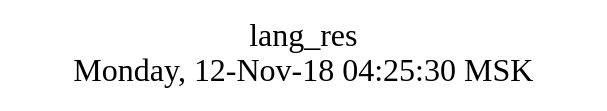
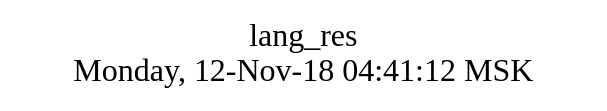
The diagram in src/lang_res/struct.dot (AlexZeDim/apps), drawn with Graphviz before and after one commit. The commit also changed 2 other files, not shown here.

```diff
--- a/src/lang_res/struct.dot
+++ b/src/lang_res/struct.dot
@@ -1,10 +1,10 @@
 digraph G {
 graph [
   fontsize="24";
-  label="lang_res\nMonday, 12-Nov-18 04:25:30 MSK";
+  label="lang_res\nMonday, 12-Nov-18 04:41:12 MSK";
   nojustify=true;
   ordering=out;
   rankdir=LR;
   size="30";
 ];
 }
```
